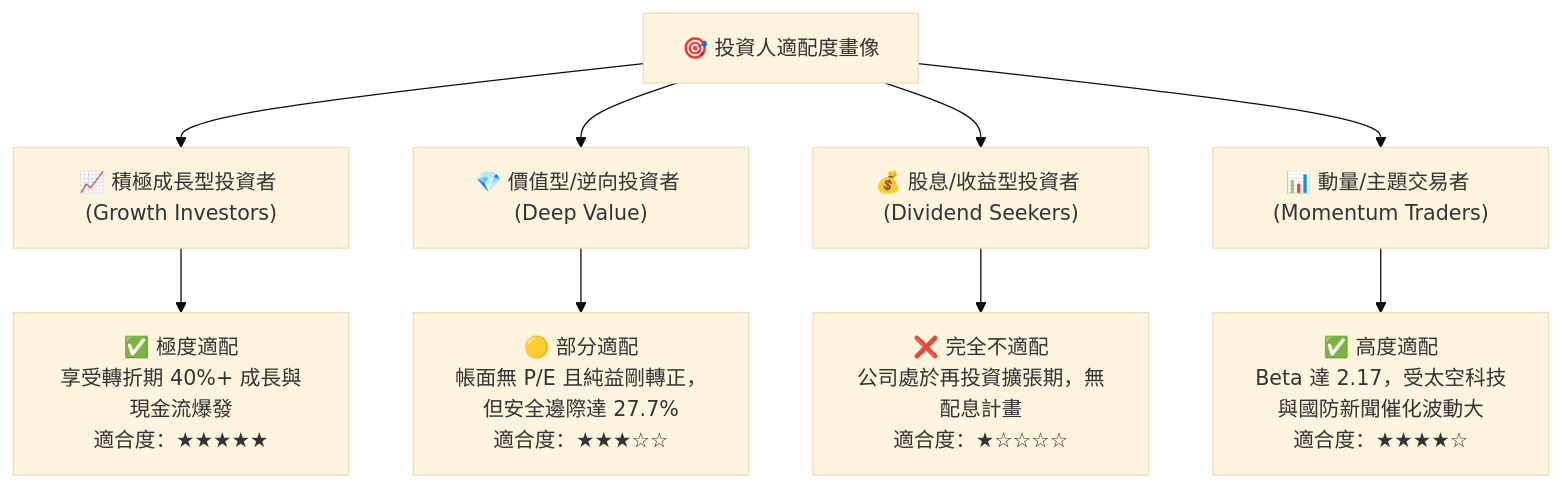
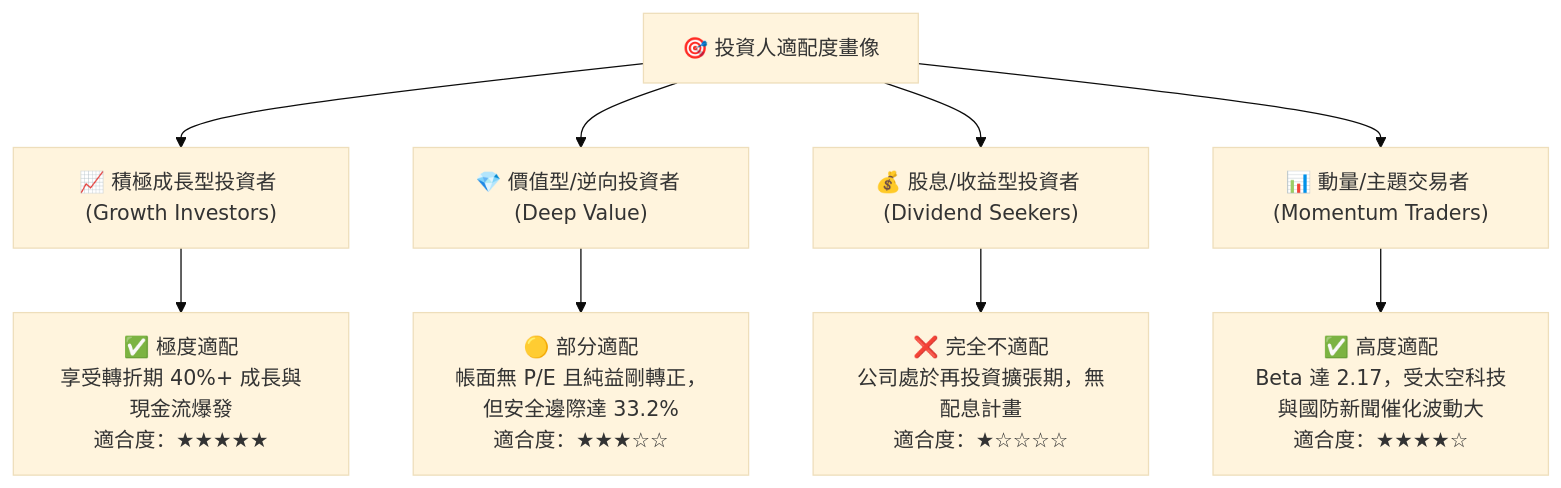
One commit to yennanliu/finance_data changed diagram 15 of 15 in ai_gen_report/fundamental/pl/fundamental_analysis_2026-10-09_gemini.md. Above: the diagram before and after it, drawn with Mermaid (base theme). The commit also changed other lines of this file and 339 other files, not shown here.

````diff
--- a/ai_gen_report/fundamental/pl/fundamental_analysis_2026-10-09_gemini.md
+++ b/ai_gen_report/fundamental/pl/fundamental_analysis_2026-10-09_gemini.md
@@ -1120,14 +1135,14 @@
 ```mermaid
 graph TD
     INV["🎯 投資人適配度畫像"]
 
     INV --> G["📈 積極成長型投資者 (Growth Investors)"]
     INV --> V["💎 價值型/逆向投資者 (Deep Value)"]
     INV --> D["💰 股息/收益型投資者 (Dividend Seekers)"]
     INV --> T["📊 動量/主題交易者 (Momentum Traders)"]
 
     G --> G1["✅ 極度適配<br/>享受轉折期 40%+ 成長與現金流爆發<br/>適合度：★★★★★"]
-    V --> V1["🟡 部分適配<br/>帳面無 P/E 且純益剛轉正，但安全邊際達 27.7%<br/>適合度：★★★☆☆"]
+    V --> V1["🟡 部分適配<br/>帳面無 P/E 且純益剛轉正，但安全邊際達 33.2%<br/>適合度：★★★☆☆"]
     D --> D1["❌ 完全不適配<br/>公司處於再投資擴張期，無配息計畫<br/>適合度：★☆☆☆☆"]
     T --> T1["✅ 高度適配<br/>Beta 達 2.17，受太空科技與國防新聞催化波動大<br/>適合度：★★★★☆"]
 ```
````
